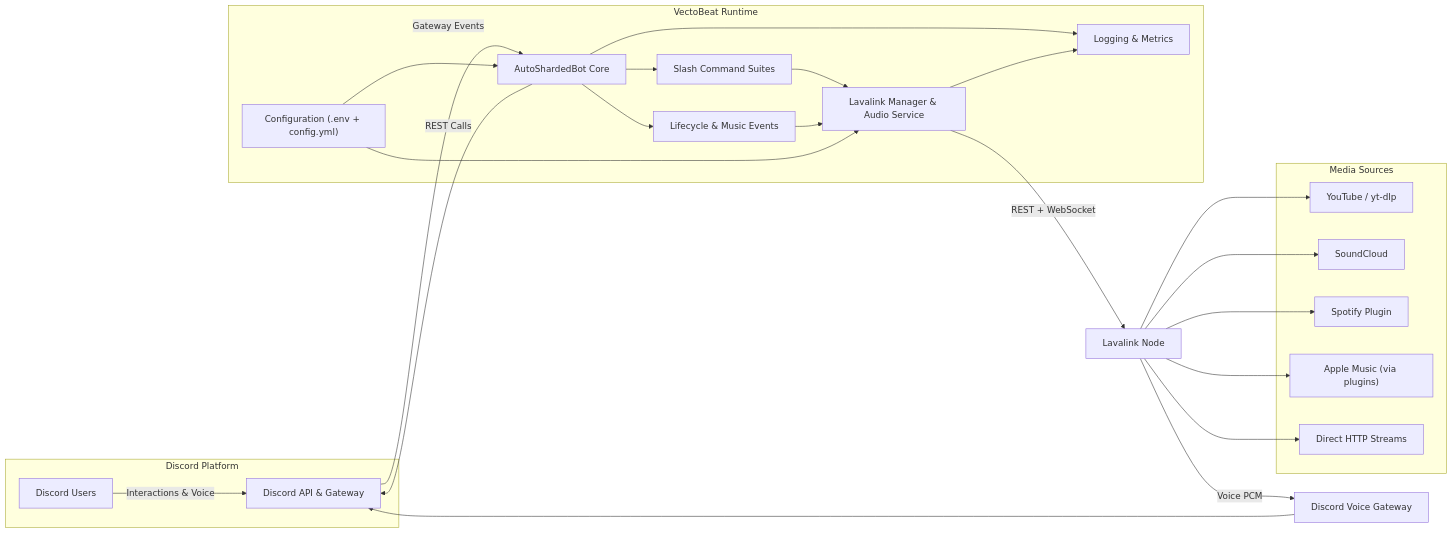
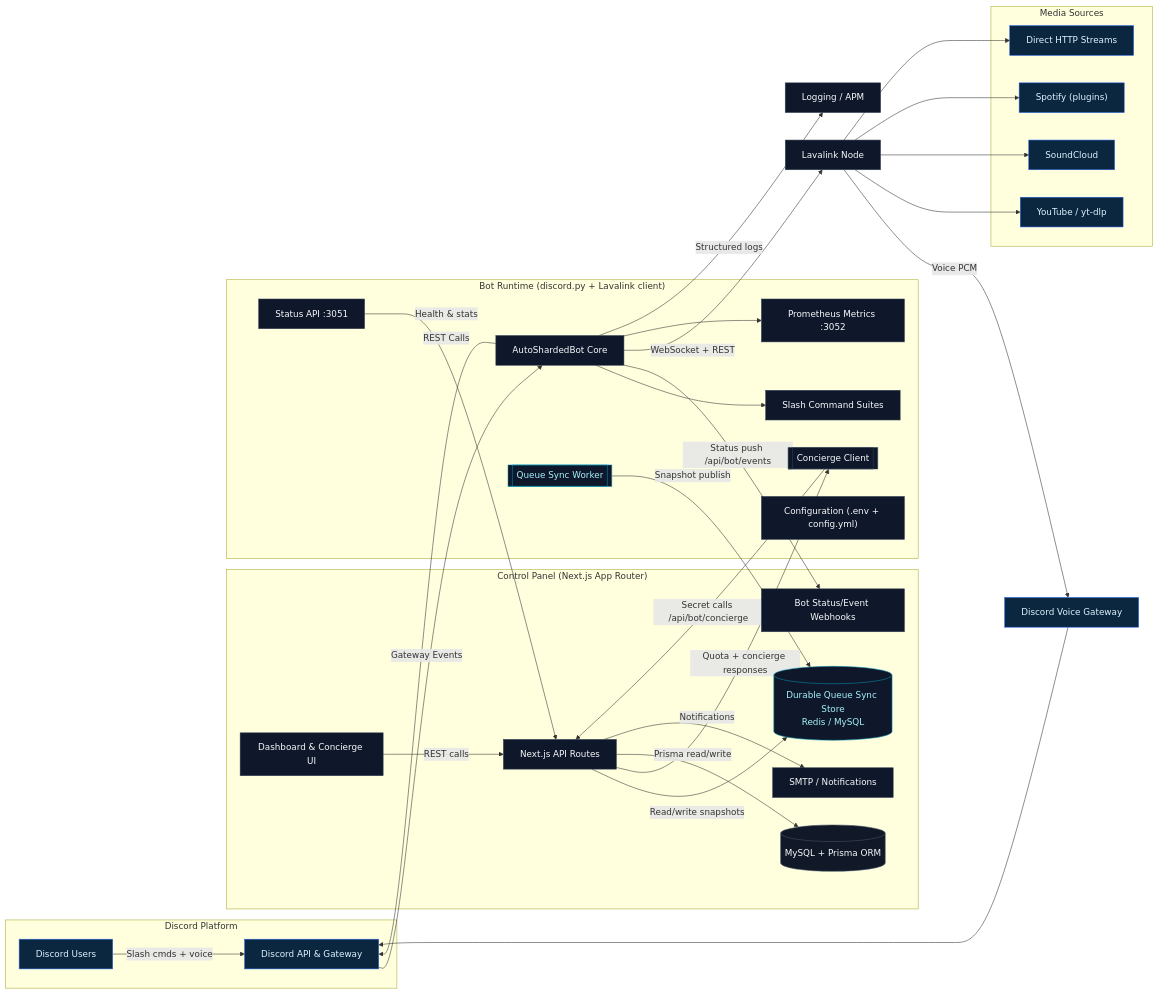
One commit to VectoDE/VectoBeat changed the diagram in docs/system_architecture.mmd. Above: the diagram before and after it, drawn with Mermaid. The commit also changed 418 other files, not shown here.

First line of the commit message:
feat: Restructure project into multi-service architecture

```diff
--- a/docs/system_architecture.mmd
+++ b/docs/system_architecture.mmd
@@ -1,43 +1,72 @@
-%% VectoBeat System Architecture Diagram
-graph LR
-  subgraph Discord_Platform[Discord Platform]
-    Users[Discord Users] -->|Interactions & Voice| Gateway[Discord API & Gateway]
+%% VectoBeat System Architecture Diagram (render with mmdc -w 3840 -H 2160)
+flowchart LR
+  classDef service fill:#0f172a,color:#f8fafc,stroke:#334155,stroke-width:1px;
+  classDef datastore fill:#111827,color:#f8fafc,stroke:#475569,stroke-width:1px;
+  classDef boundary fill:#0b1220,color:#e5e7eb,stroke:#3b4252,stroke-width:2px;
+  classDef external fill:#0b2740,color:#e0f2fe,stroke:#2563eb,stroke-width:1px;
+  classDef queue fill:#0f172a,color:#a5f3fc,stroke:#0891b2,stroke-width:1px;
+
+  subgraph Discord[Discord Platform]
+    class Discord boundary
+    Users[Discord Users]:::external -->|Slash cmds + voice| Gateway[Discord API & Gateway]:::external
   end
 
-  subgraph VectoBeat_Runtime[VectoBeat Runtime]
-    Bot[AutoShardedBot Core]
-    Commands[Slash Command Suites]
-    Events[Lifecycle & Music Events]
-    Services[Lavalink Manager & Audio Service]
-    Config["Configuration (.env + config.yml)"]
-    Observability[Logging & Metrics]
+  subgraph ControlPanel["Control Panel (Next.js App Router)"]
+    class ControlPanel boundary
+    NextAPI[Next.js API Routes]:::service
+    Dashboard[Dashboard & Concierge UI]:::service
+    StatusIngest[Bot Status/Event Webhooks]:::service
+    QueueStore[(Durable Queue Sync Store\nRedis / MySQL)]:::queue
+    Database[(MySQL + Prisma ORM)]:::datastore
+    Mailer[SMTP / Notifications]:::service
   end
 
+  subgraph BotRuntime["Bot Runtime (discord.py + Lavalink client)"]
+    class BotRuntime boundary
+    Bot[AutoShardedBot Core]:::service
+    SlashCommands[Slash Command Suites]:::service
+    QueueSync[[Queue Sync Worker]]:::queue
+    ConciergeClient[[Concierge Client]]:::service
+    StatusAPI[Status API :3051]:::service
+    Metrics[Prometheus Metrics :3052]:::service
+    Config["Configuration (.env + config.yml)"]:::service
+  end
+
+  subgraph Media["Media Sources"]
+    class Media boundary
+    YouTube["YouTube / yt-dlp"]:::external
+    SoundCloud["SoundCloud"]:::external
+    Spotify["Spotify (plugins)"]:::external
+    HTTP["Direct HTTP Streams"]:::external
+  end
+
+  %% Discord flows
   Gateway -->|Gateway Events| Bot
   Bot -->|REST Calls| Gateway
-  Bot --> Commands
-  Bot --> Events
-  Commands --> Services
-  Events --> Services
-  Config --> Bot
-  Config --> Services
-  Bot --> Observability
-  Services --> Observability
+  Bot --> SlashCommands
 
-  Services -->|REST + WebSocket| Lavalink[Lavalink Node]
-  Lavalink -->|Voice PCM| VoiceGateway[Discord Voice Gateway]
-  VoiceGateway --> Gateway
+  %% Control panel <-> bot bridges
+  QueueSync -->|Snapshot publish| QueueStore
+  NextAPI -->|Read/write snapshots| QueueStore
+  Bot -->|Status push /api/bot/events| StatusIngest
+  StatusAPI -->|Health & stats| NextAPI
+  ConciergeClient -->|Secret calls /api/bot/concierge| NextAPI
+  NextAPI -->|Quota + concierge responses| ConciergeClient
 
-  subgraph Media_Sources[Media Sources]
-    YouTube["YouTube / yt-dlp"]
-    SoundCloud["SoundCloud"]
-    Spotify["Spotify Plugin"]
-    Apple["Apple Music (via plugins)"]
-    HTTP["Direct HTTP Streams"]
-  end
+  %% Persistence + email
+  NextAPI -->|Prisma read/write| Database
+  Dashboard -->|REST calls| NextAPI
+  NextAPI -->|Notifications| Mailer
 
+  %% Lavalink path
+  Bot -->|WebSocket + REST| Lavalink[Lavalink Node]:::service
+  Lavalink -->|Voice PCM| VoiceGW[Discord Voice Gateway]:::external
+  VoiceGW --> Gateway
   Lavalink --> YouTube
   Lavalink --> SoundCloud
   Lavalink --> Spotify
-  Lavalink --> Apple
   Lavalink --> HTTP
+
+  %% Observability
+  Bot --> Metrics
+  Bot -->|Structured logs| Observability[Logging / APM]:::service
```
